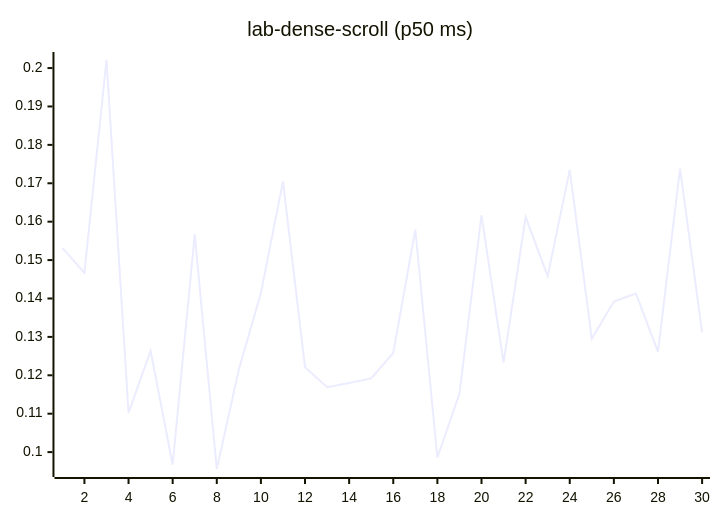
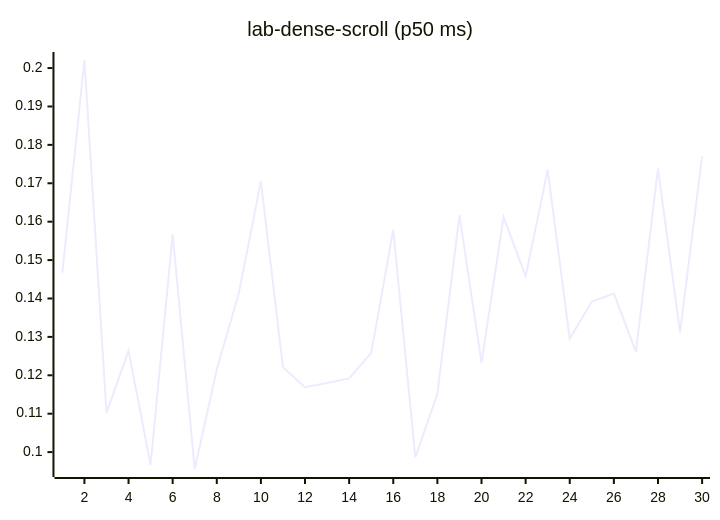
One commit to josha/Facet changed diagram 12 of 27 in README.md. Above: the diagram before and after it, drawn with Mermaid. The commit also changed other lines of this file and 2 other files, not shown here.

````diff
--- a/README.md
+++ b/README.md
@@ -140,6 +140,6 @@
 ```mermaid
 xychart-beta
     title "lab-dense-scroll (p50 ms)"
     x-axis 1 --> 30
-    line [0.1532, 0.1467, 0.2021, 0.1102, 0.1264, 0.0967, 0.1567, 0.0956, 0.1215, 0.1414, 0.1705, 0.1221, 0.1169, 0.1180, 0.1192, 0.1258, 0.1579, 0.0986, 0.1152, 0.1617, 0.1233, 0.1612, 0.1458, 0.1735, 0.1295, 0.1392, 0.1413, 0.1261, 0.1738, 0.1312]
+    line [0.1467, 0.2021, 0.1102, 0.1264, 0.0967, 0.1567, 0.0956, 0.1215, 0.1414, 0.1705, 0.1221, 0.1169, 0.1180, 0.1192, 0.1258, 0.1579, 0.0986, 0.1152, 0.1617, 0.1233, 0.1612, 0.1458, 0.1735, 0.1295, 0.1392, 0.1413, 0.1261, 0.1738, 0.1312, 0.1770]
 ```
````
